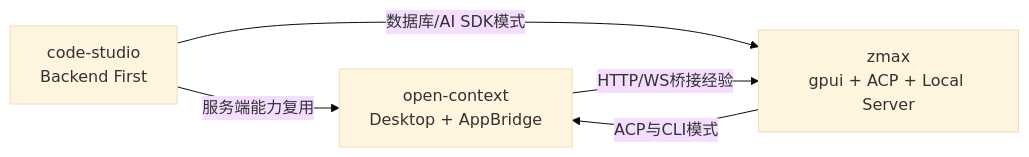
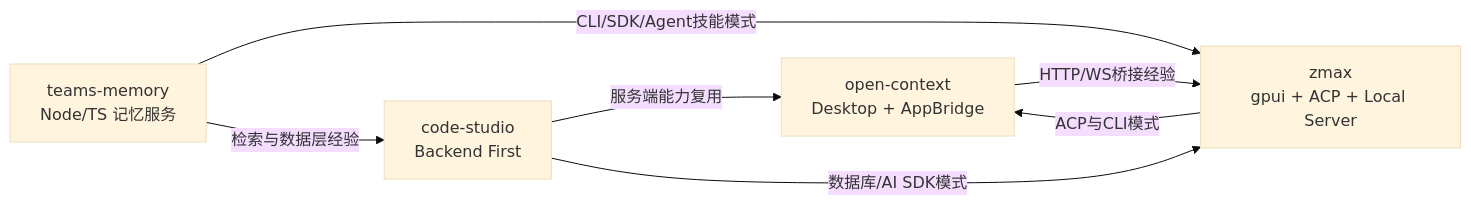
One commit to guobin211/datasets changed the first of 3 diagrams in docs/00-repo-overview.md. Above: the diagram before and after it, drawn with Mermaid (base theme). The commit also changed other lines of this file and 8 other files, not shown here.

First line of the commit message:
feat: add comprehensive documentation for teams-memory project

````diff
--- a/docs/00-repo-overview.md
+++ b/docs/00-repo-overview.md
@@ -25,11 +33,14 @@
 ```mermaid
 flowchart LR
   A[code-studio\nBackend First]
   B[open-context\nDesktop + AppBridge]
   C[zmax\ngpui + ACP + Local Server]
+  D[teams-memory\nNode/TS 记忆服务]
 
   A -->|服务端能力复用| B
   A -->|数据库/AI SDK模式| C
   B -->|HTTP/WS桥接经验| C
   C -->|ACP与CLI模式| B
+  D -->|CLI/SDK/Agent技能模式| C
+  D -->|检索与数据层经验| A
 ```
````
